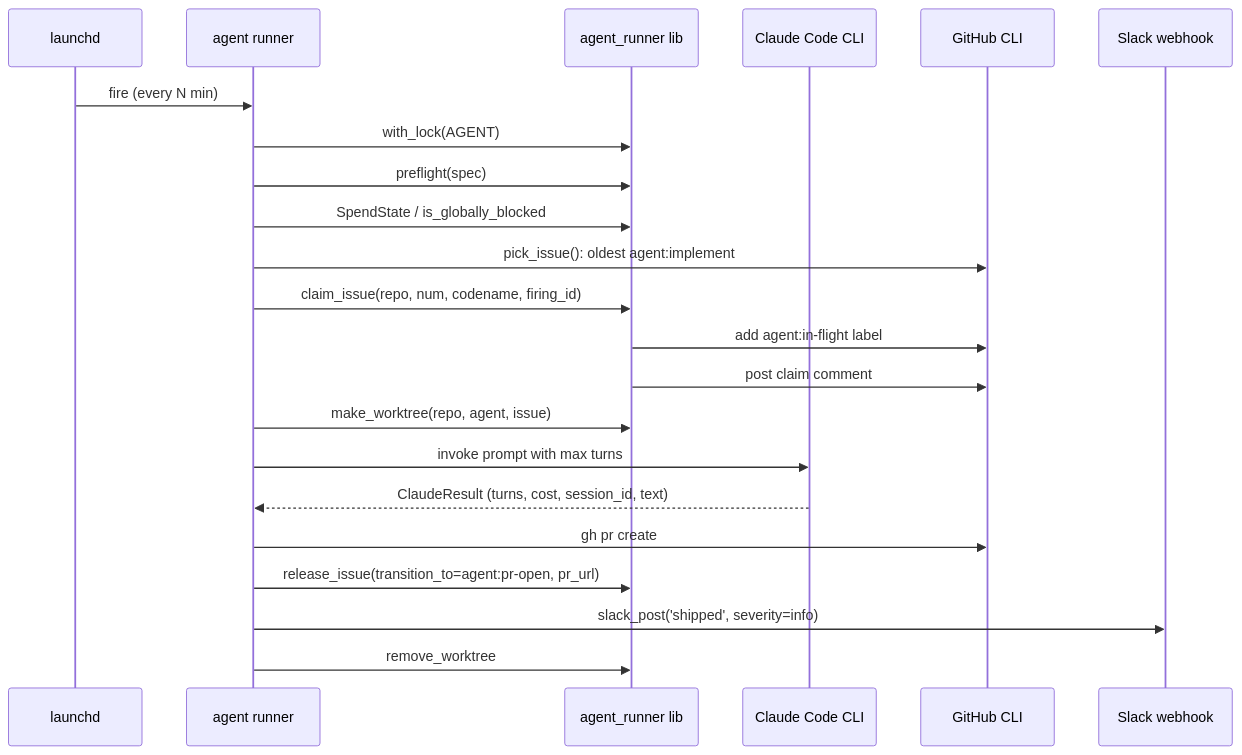
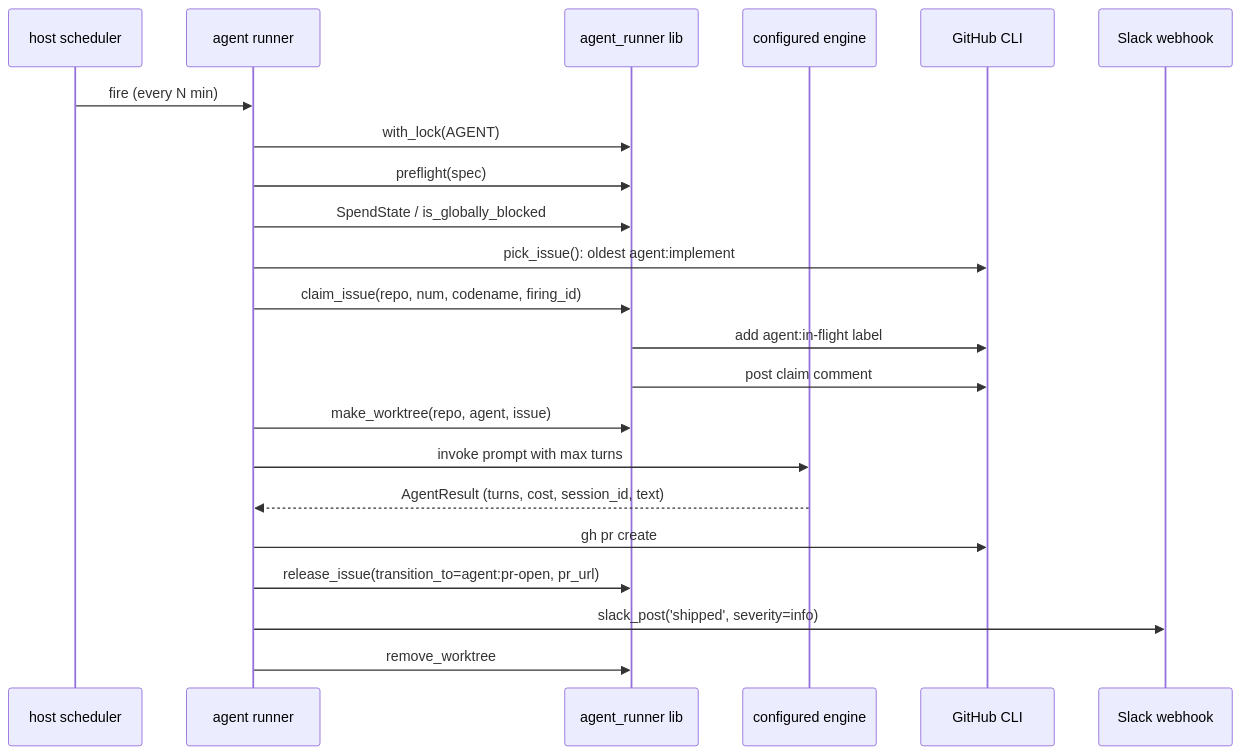
The second of 4 diagrams in site/src/content/docs/concepts/architecture.md (luminik-io/alfred), drawn with Mermaid before and after one commit. The commit also changed other lines of this file and 175 other files, not shown here.

````diff
--- a/site/src/content/docs/concepts/architecture.md
+++ b/site/src/content/docs/concepts/architecture.md
@@ -34,25 +34,25 @@
 ```mermaid
 sequenceDiagram
-    participant launchd as launchd
+    participant scheduler as host scheduler
     participant runner as agent runner
     participant lib as agent_runner lib
-    participant claude as Claude Code CLI
+    participant engine as configured engine
     participant gh as GitHub CLI
     participant slack as Slack webhook
 
-    launchd->>runner: fire (every N min)
+    scheduler->>runner: fire (every N min)
     runner->>lib: with_lock(AGENT)
     runner->>lib: preflight(spec)
     runner->>lib: SpendState / is_globally_blocked
     runner->>gh: pick_issue(): oldest agent:implement
     runner->>lib: claim_issue(repo, num, codename, firing_id)
     lib->>gh: add agent:in-flight label
     lib->>gh: post claim comment
     runner->>lib: make_worktree(repo, agent, issue)
-    runner->>claude: invoke prompt with max turns
-    claude-->>runner: ClaudeResult (turns, cost, session_id, text)
+    runner->>engine: invoke prompt with max turns
+    engine-->>runner: AgentResult (turns, cost, session_id, text)
     runner->>gh: gh pr create
     runner->>lib: release_issue(transition_to=agent:pr-open, pr_url)
     runner->>slack: slack_post('shipped', severity=info)
     runner->>lib: remove_worktree
 ```
````
